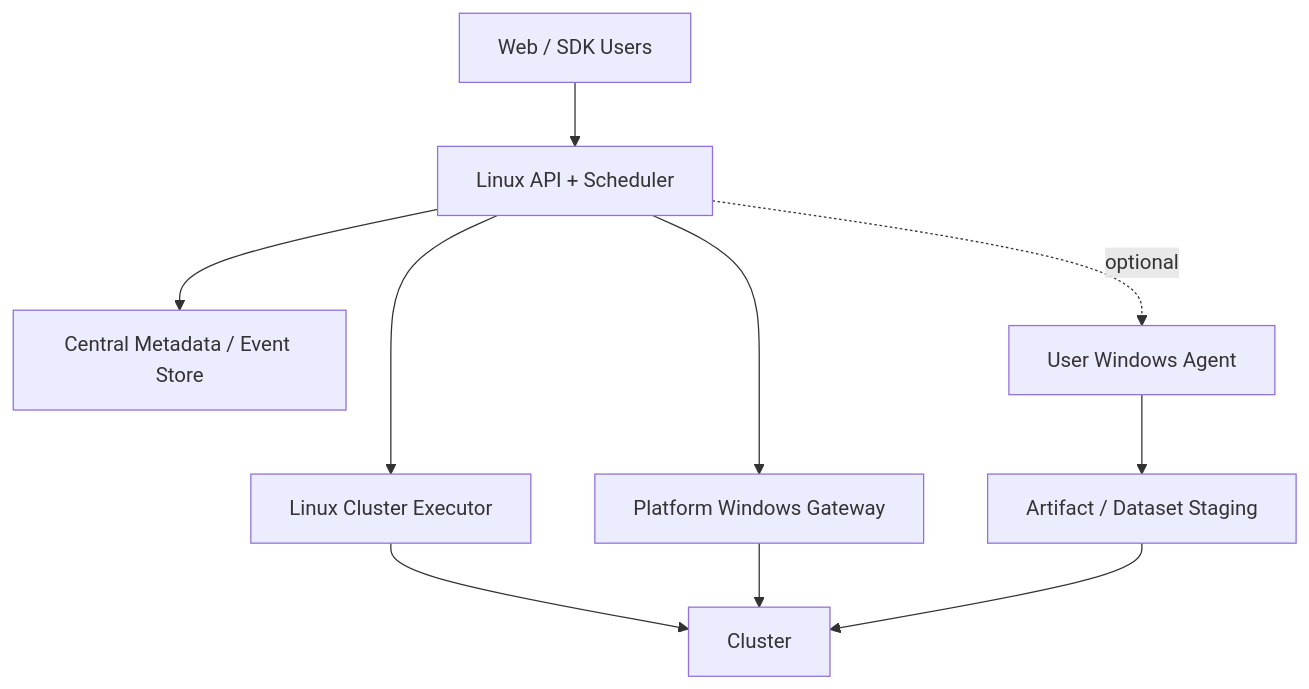
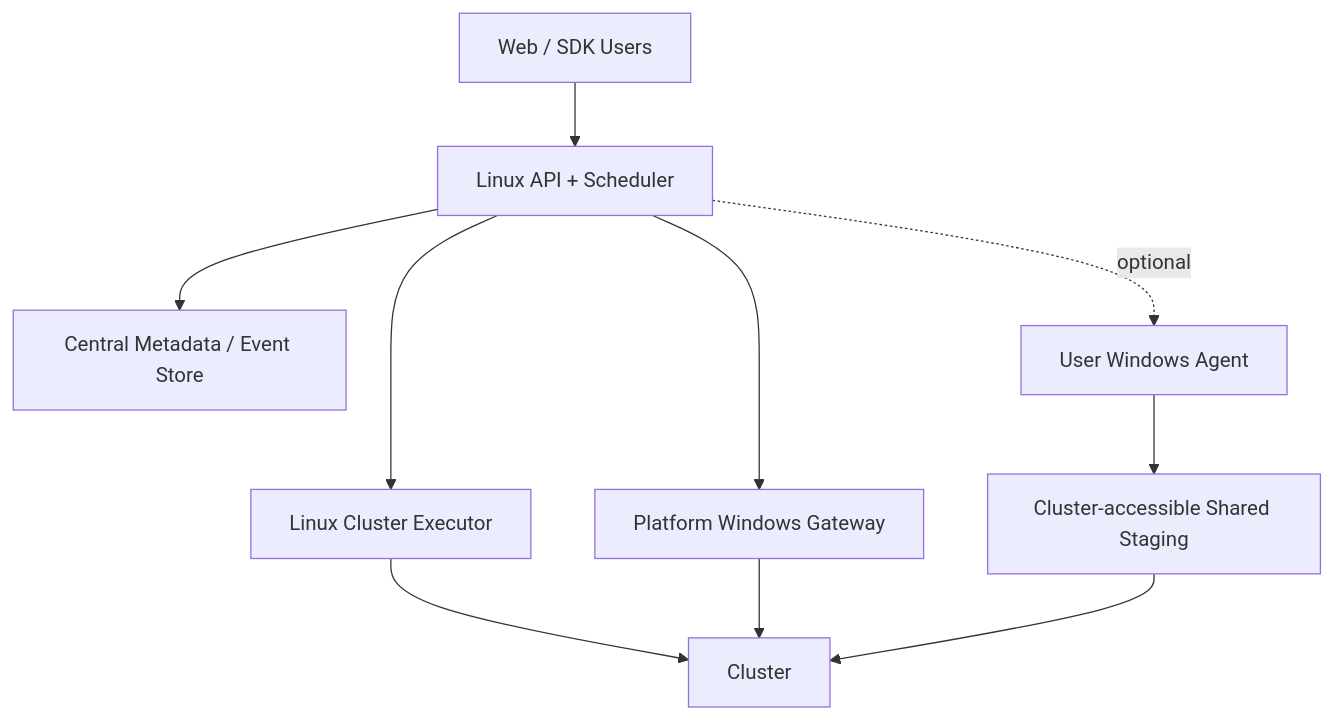
The third of 5 diagrams in docs/DETAILED_DESIGN.md (Bobs1121/radar-sim), drawn with Mermaid before and after one commit. The commit also changed other lines of this file and 34 other files, not shown here.

````diff
--- a/docs/DETAILED_DESIGN.md
+++ b/docs/DETAILED_DESIGN.md
@@ -240,12 +242,12 @@
 ```mermaid
 flowchart TB
     Users["Web / SDK Users"] --> Linux["Linux API + Scheduler"]
     Linux --> Metadata["Central Metadata / Event Store"]
     Linux --> LExec["Linux Cluster Executor"]
     Linux --> PGateway["Platform Windows Gateway"]
     Linux -. optional .-> UAgent["User Windows Agent"]
-    UAgent --> Upload["Artifact / Dataset Staging"]
+    UAgent --> Shared["Cluster-accessible Shared Staging"]
     LExec --> Cluster["Cluster"]
     PGateway --> Cluster
-    Upload --> Cluster
+    Shared --> Cluster
 ```
````
